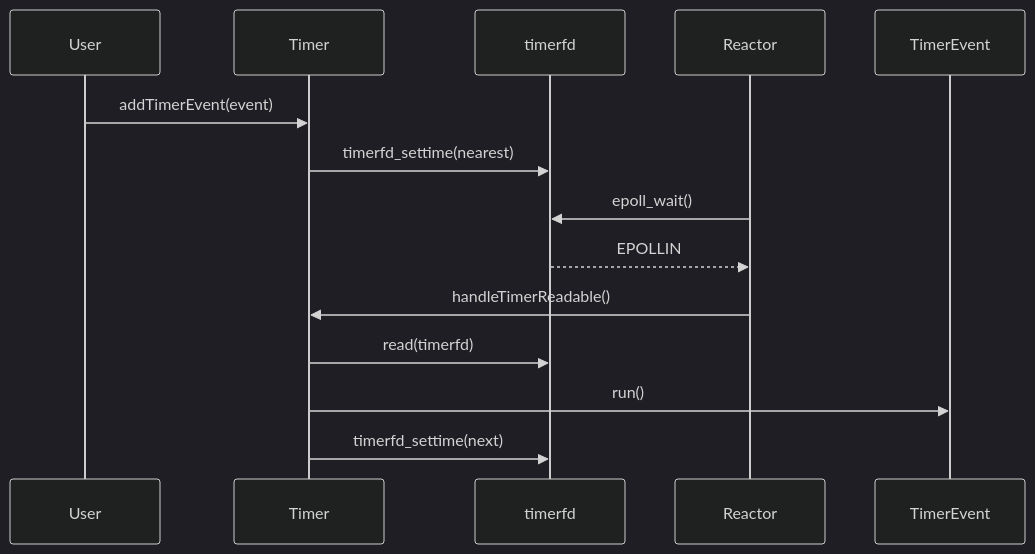
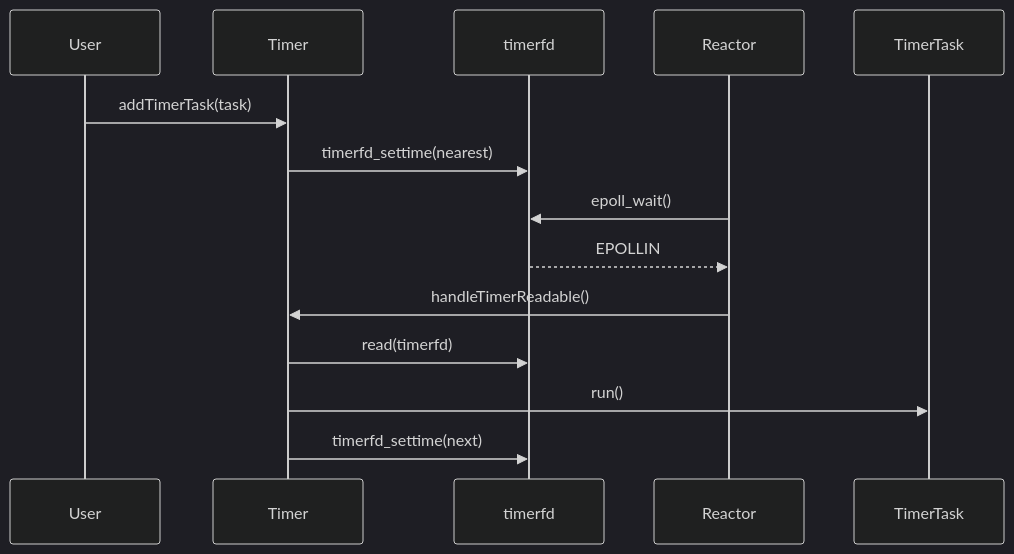
Before and after one commit to echo9923/rpc: the second of 3 diagrams in docs/reactor-event-lifecycle.md, drawn with Mermaid (dark theme). The commit also changed other lines of this file and 22 other files, not shown here.

Commit message:
refactor(timer): 将 TimerEvent 统一重命名为 TimerTask

````diff
--- a/docs/reactor-event-lifecycle.md
+++ b/docs/reactor-event-lifecycle.md
@@ -50,17 +50,17 @@
 ```mermaid
 sequenceDiagram
     participant User as User
     participant Timer as Timer
     participant Kernel as timerfd
     participant Reactor as Reactor
-    participant Event as TimerEvent
+   participant Task as TimerTask
 
-    User->>Timer: addTimerEvent(event)
+   User->>Timer: addTimerTask(task)
     Timer->>Kernel: timerfd_settime(nearest)
     Reactor->>Kernel: epoll_wait()
     Kernel-->>Reactor: EPOLLIN
     Reactor->>Timer: handleTimerReadable()
     Timer->>Kernel: read(timerfd)
-    Timer->>Event: run()
+   Timer->>Task: run()
     Timer->>Kernel: timerfd_settime(next)
 ```
````
